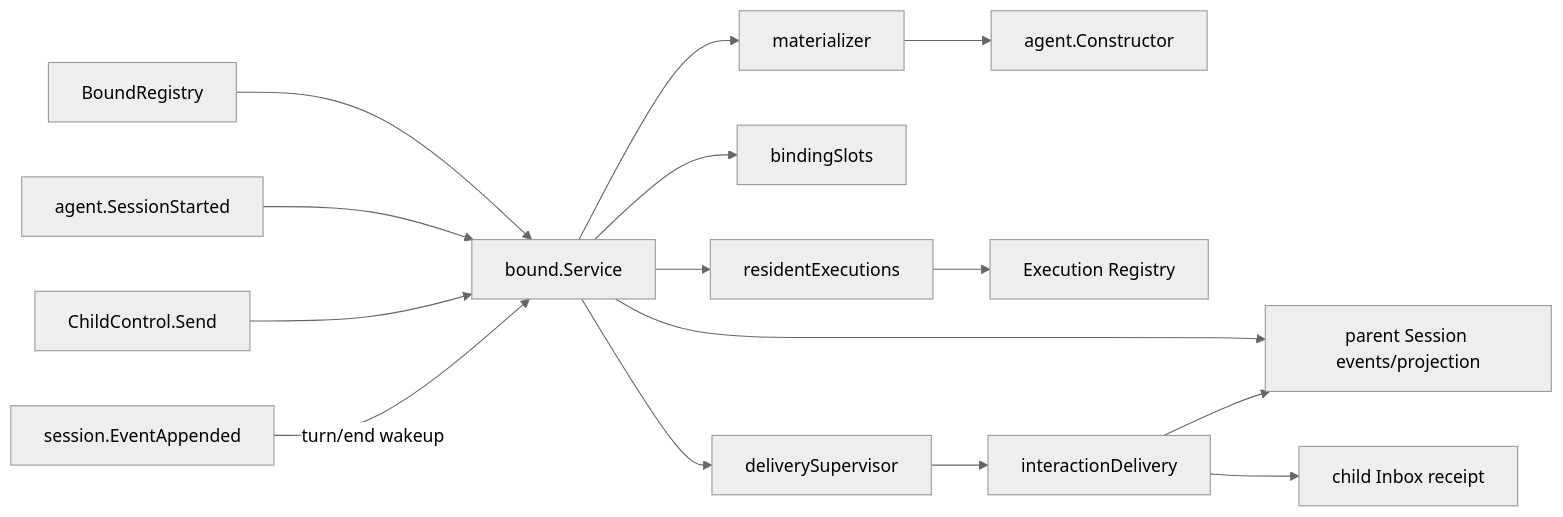
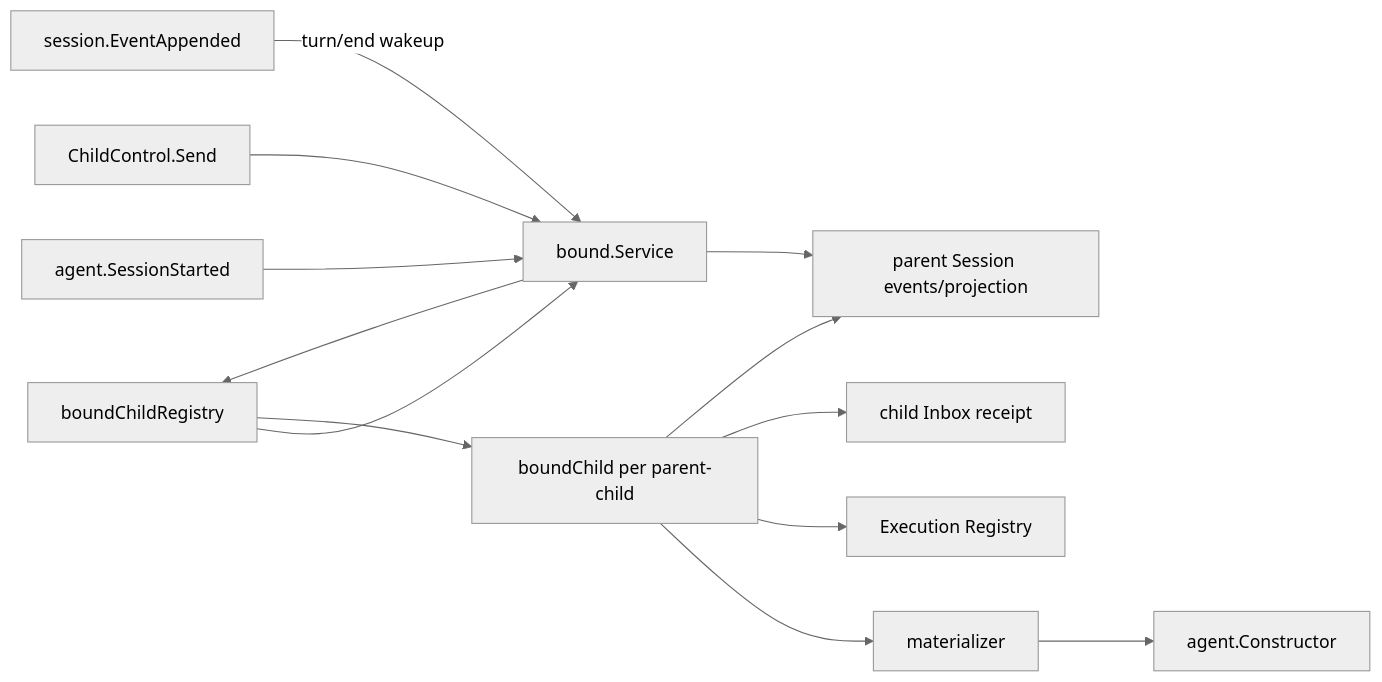
One commit to gorenx/goren changed the diagram in subagent/internal/bound/README.zh-CN.md. Above: the diagram before and after it, drawn with Mermaid (neutral theme). The commit also changed other lines of this file and 4 other files, not shown here.

Commit message:
docs(subagent): describe bound child ownership

````diff
--- a/subagent/internal/bound/README.zh-CN.md
+++ b/subagent/internal/bound/README.zh-CN.md
@@ -5,17 +5,15 @@
 ```mermaid
 flowchart LR
     Registry[BoundRegistry] --> Bound[bound.Service]
     Started[agent.SessionStarted] --> Bound
     Send[ChildControl.Send] --> Bound
     Event[session.EventAppended] -->|turn/end wakeup| Bound
     Bound --> Parent[parent Session events/projection]
-    Bound --> Materializer[materializer]
-    Bound --> Slots[bindingSlots]
-    Bound --> Residents[residentExecutions]
-    Bound --> Supervisor[deliverySupervisor]
+    Bound --> Registry[boundChildRegistry]
+    Registry --> Child[boundChild per parent-child]
+    Child --> Materializer[materializer]
     Materializer --> Constructor[agent.Constructor]
-    Residents --> Execution[Execution Registry]
-    Supervisor --> Delivery[interactionDelivery]
-    Delivery --> Child[child Inbox receipt]
-    Delivery --> Parent
+    Child --> Execution[Execution Registry]
+    Child --> Inbox[child Inbox receipt]
+    Child --> Parent
 ```
````
